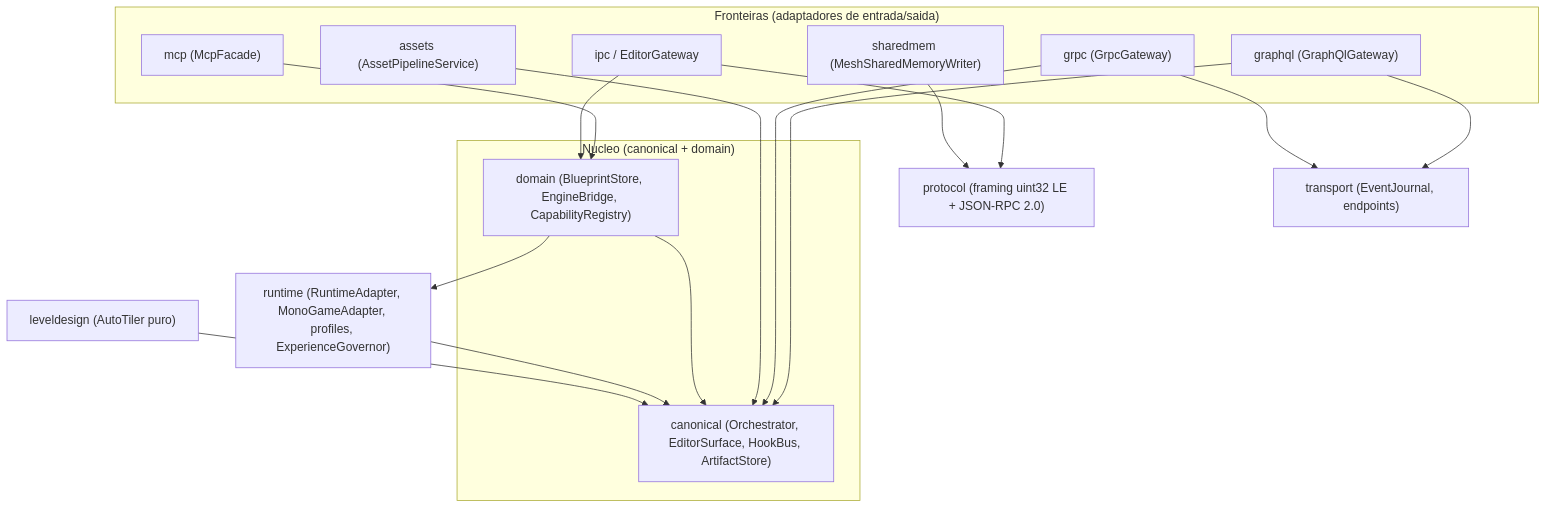
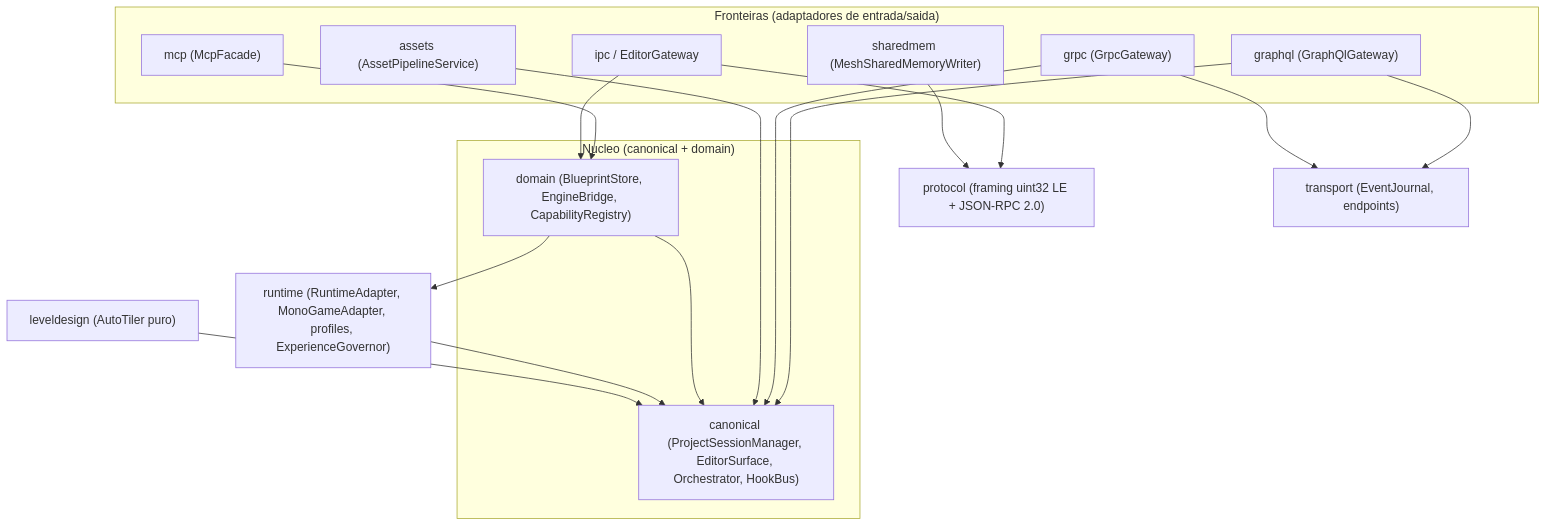
One commit to flaviotinococoutinho/Gridsmith changed the first of 4 diagrams in middleware/README.md. Above: the diagram before and after it, drawn with Mermaid. The commit also changed other lines of this file and 68 other files, not shown here.

````diff
--- a/middleware/README.md
+++ b/middleware/README.md
@@ -13,33 +13,33 @@
 ```mermaid
 graph TD
   subgraph OUT["Fronteiras (adaptadores de entrada/saida)"]
     MCP["mcp (McpFacade)"]
     IPC["ipc / EditorGateway"]
     GQL["graphql (GraphQlGateway)"]
     GRPC["grpc (GrpcGateway)"]
     ASSETS["assets (AssetPipelineService)"]
     SHM["sharedmem (MeshSharedMemoryWriter)"]
   end
   PROTO["protocol (framing uint32 LE + JSON-RPC 2.0)"]
   TRANS["transport (EventJournal, endpoints)"]
   subgraph CORE["Nucleo (canonical + domain)"]
     DOM["domain (BlueprintStore, EngineBridge, CapabilityRegistry)"]
-    CANON["canonical (Orchestrator, EditorSurface, HookBus, ArtifactStore)"]
+    CANON["canonical (ProjectSessionManager, EditorSurface, Orchestrator, HookBus)"]
   end
   RT["runtime (RuntimeAdapter, MonoGameAdapter, profiles, ExperienceGovernor)"]
   LD["leveldesign (AutoTiler puro)"]
 
   MCP --> DOM
   IPC --> PROTO
   IPC --> DOM
   GQL --> CANON
   GQL --> TRANS
   GRPC --> CANON
   GRPC --> TRANS
   ASSETS --> CANON
   SHM --> PROTO
   DOM --> CANON
   RT --> CANON
   DOM --> RT
   LD --> CANON
 ```
````
